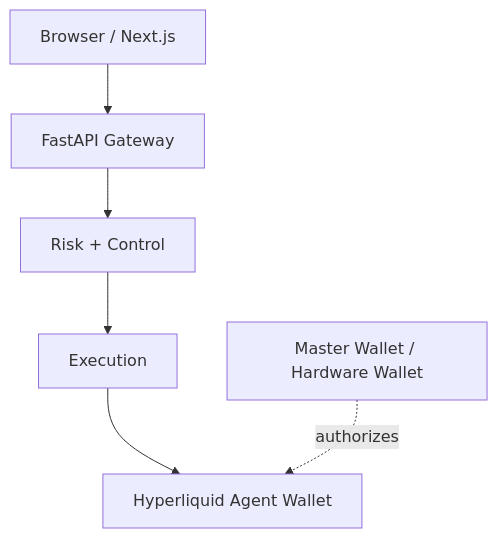
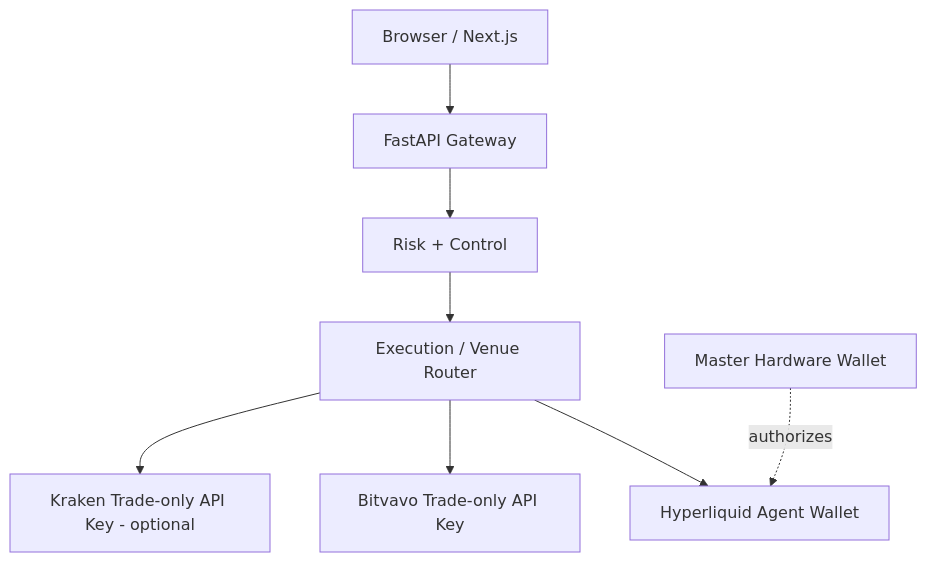
Before and after one commit to daffieeee-arch/Hyperliquid-Bot: the third of 3 diagrams in docs/ARCHITECTURE.md, drawn with Mermaid. The commit also changed other lines of this file, not shown here.

Commit message:
docs: expand architecture for phased multi-venue trading

````diff
--- a/docs/ARCHITECTURE.md
+++ b/docs/ARCHITECTURE.md
@@ -117,8 +212,10 @@
 ```mermaid
 flowchart TD
     UI[Browser / Next.js] --> API[FastAPI Gateway]
     API --> RK[Risk + Control]
-    RK --> EX[Execution]
-    EX --> AW[Hyperliquid Agent Wallet]
-    MW[Master Wallet / Hardware Wallet] -. authorizes .-> AW
+    RK --> VR[Execution / Venue Router]
+    VR --> HL[Hyperliquid Agent Wallet]
+    VR --> BV[Bitvavo Trade-only API Key]
+    VR --> KR[Kraken Trade-only API Key - optional]
+    MW[Master Hardware Wallet] -. authorizes .-> HL
 ```
````
